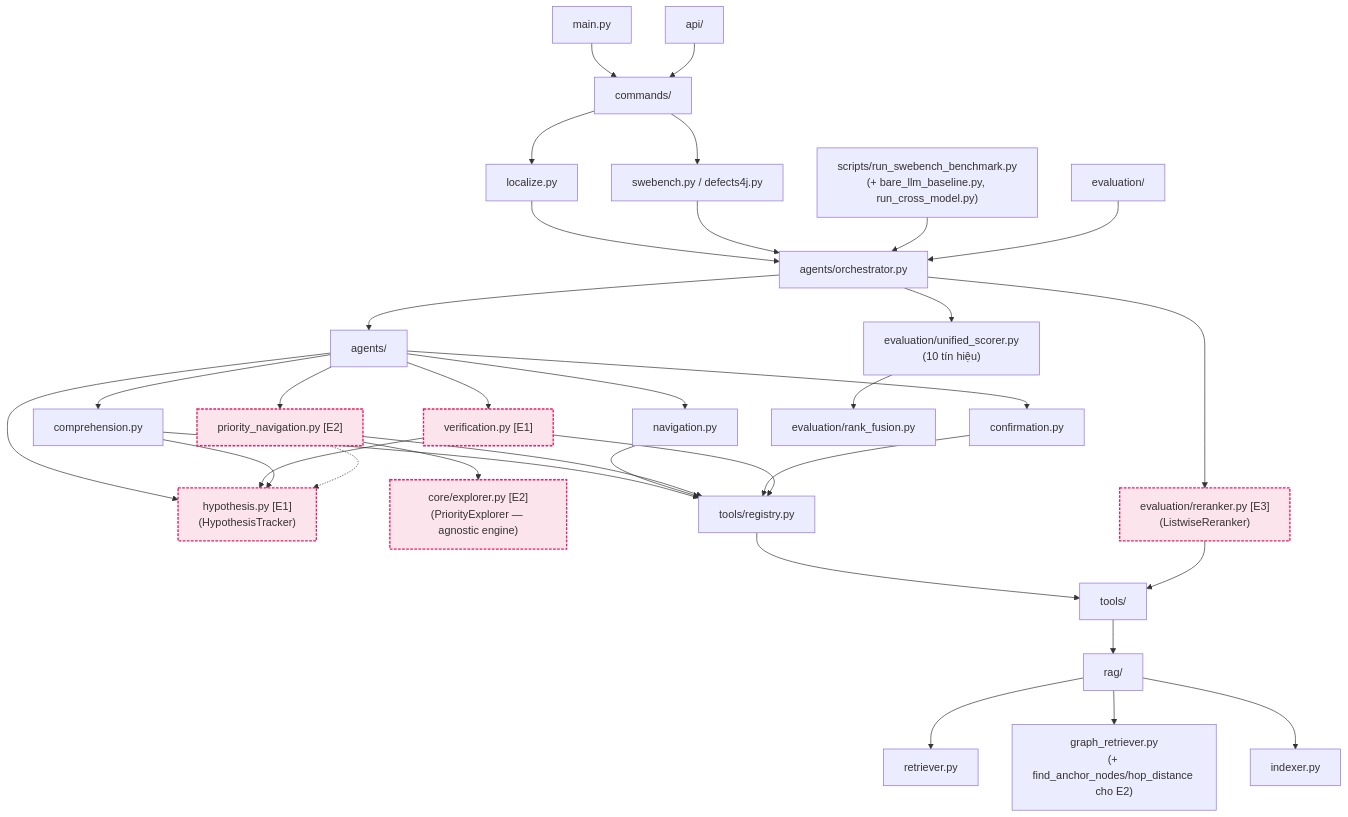
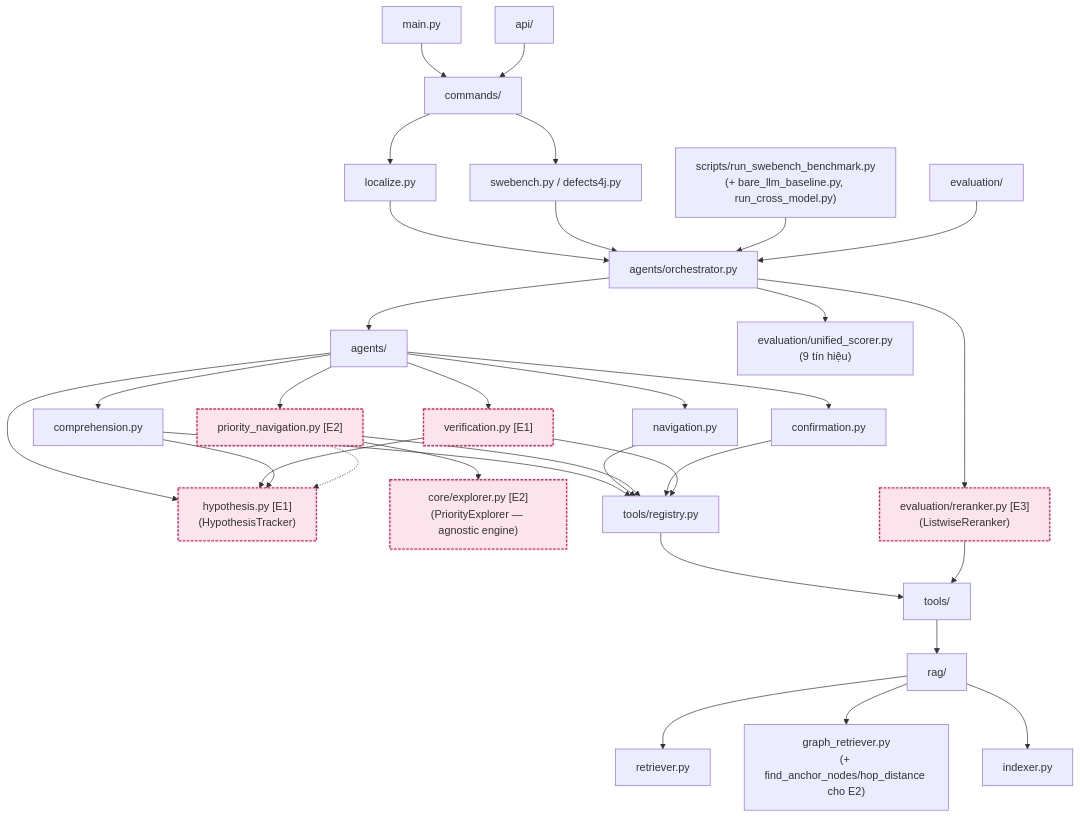
The sixth of 6 diagrams in docs/system_architecture_vi.md (trinhvietthanh/bug_localization), drawn with Mermaid before and after one commit. The commit also changed other lines of this file and 135 other files, not shown here.

````diff
--- a/docs/system_architecture_vi.md
+++ b/docs/system_architecture_vi.md
@@ -251,43 +247,42 @@
 ```mermaid
 flowchart TD
     MAIN[main.py] --> CMD[commands/]
 
     CMD --> C_LOC[localize.py]
     CMD --> C_EVAL[swebench.py / defects4j.py]
 
     C_LOC --> ORCH[agents/orchestrator.py]
     C_EVAL --> ORCH
     SCRIPTS["scripts/run_swebench_benchmark.py\n(+ bare_llm_baseline.py, run_cross_model.py)"] --> ORCH
 
     ORCH --> AGENTS[agents/]
     AGENTS --> A_COMP[comprehension.py]
     AGENTS --> A_NAV[navigation.py]
     AGENTS --> A_PNAV["priority_navigation.py [E2]"]
     AGENTS --> A_CONF[confirmation.py]
     AGENTS --> A_VER["verification.py [E1]"]
     AGENTS --> A_HYP["hypothesis.py [E1]\n(HypothesisTracker)"]
 
     A_PNAV --> CORE["core/explorer.py [E2]\n(PriorityExplorer — agnostic engine)"]
     A_VER --> A_HYP
     A_COMP --> A_HYP
     A_PNAV -.-> A_HYP
 
     A_COMP & A_NAV & A_PNAV & A_CONF & A_VER --> REG[tools/registry.py]
     REG --> TOOLS[tools/]
 
     TOOLS --> RAG[rag/]
     RAG --> R_RET[retriever.py]
     RAG --> R_GRET["graph_retriever.py\n(+ find_anchor_nodes/hop_distance cho E2)"]
     RAG --> R_IDX[indexer.py]
 
-    ORCH --> EVAL2["evaluation/unified_scorer.py\n(10 tín hiệu)"]
-    EVAL2 --> RF["evaluation/rank_fusion.py"]
+    ORCH --> EVAL2["evaluation/unified_scorer.py\n(9 tín hiệu)"]
     ORCH --> RR["evaluation/reranker.py [E3]\n(ListwiseReranker)"]
     RR --> TOOLS
 
     EVAL[evaluation/] --> ORCH
     API[api/] --> CMD
 
     classDef ext fill:#fce4ec,stroke:#e91e63,stroke-width:2px,stroke-dasharray: 4 2;
     class A_PNAV,A_VER,A_HYP,CORE,RR ext;
 ```
````
